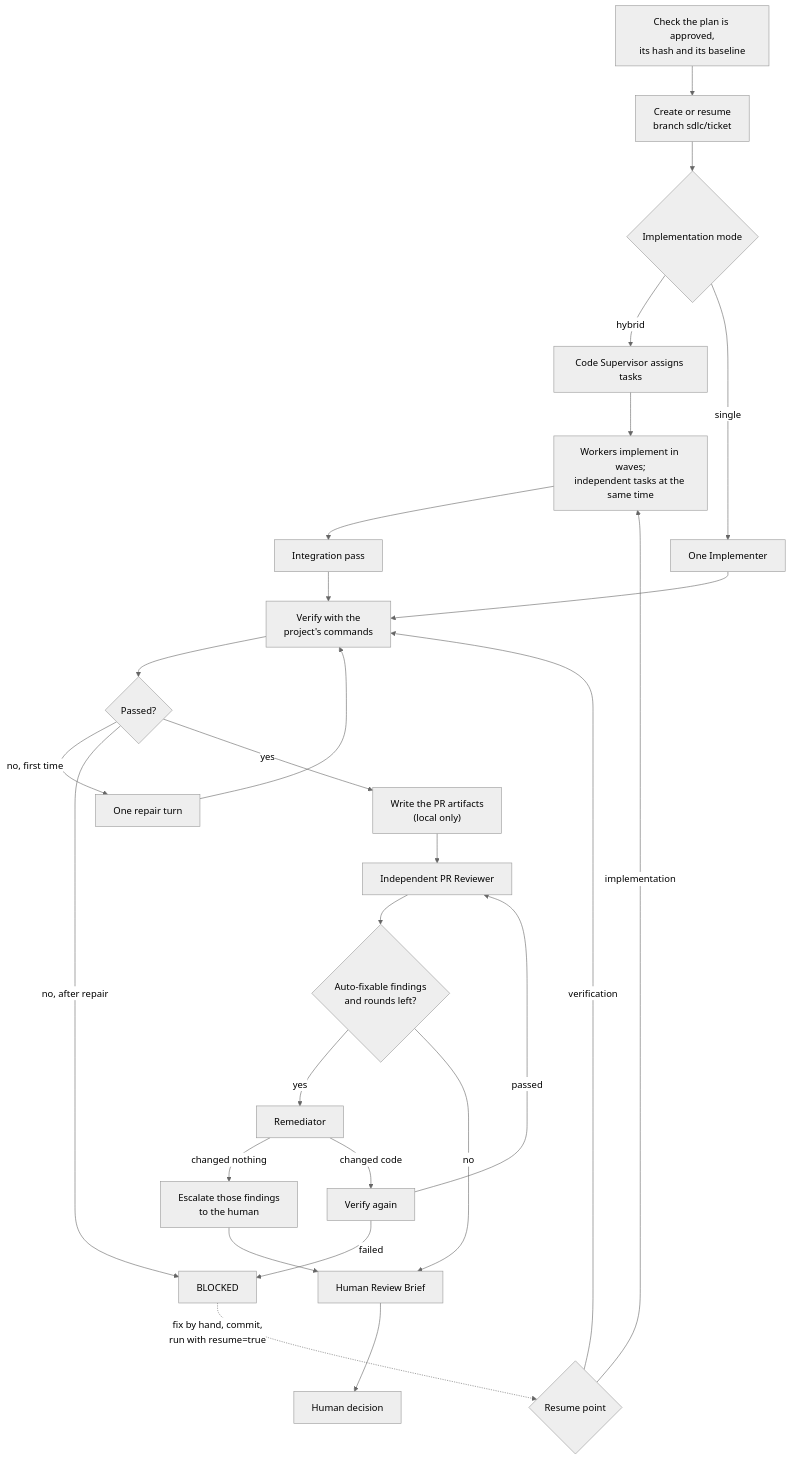
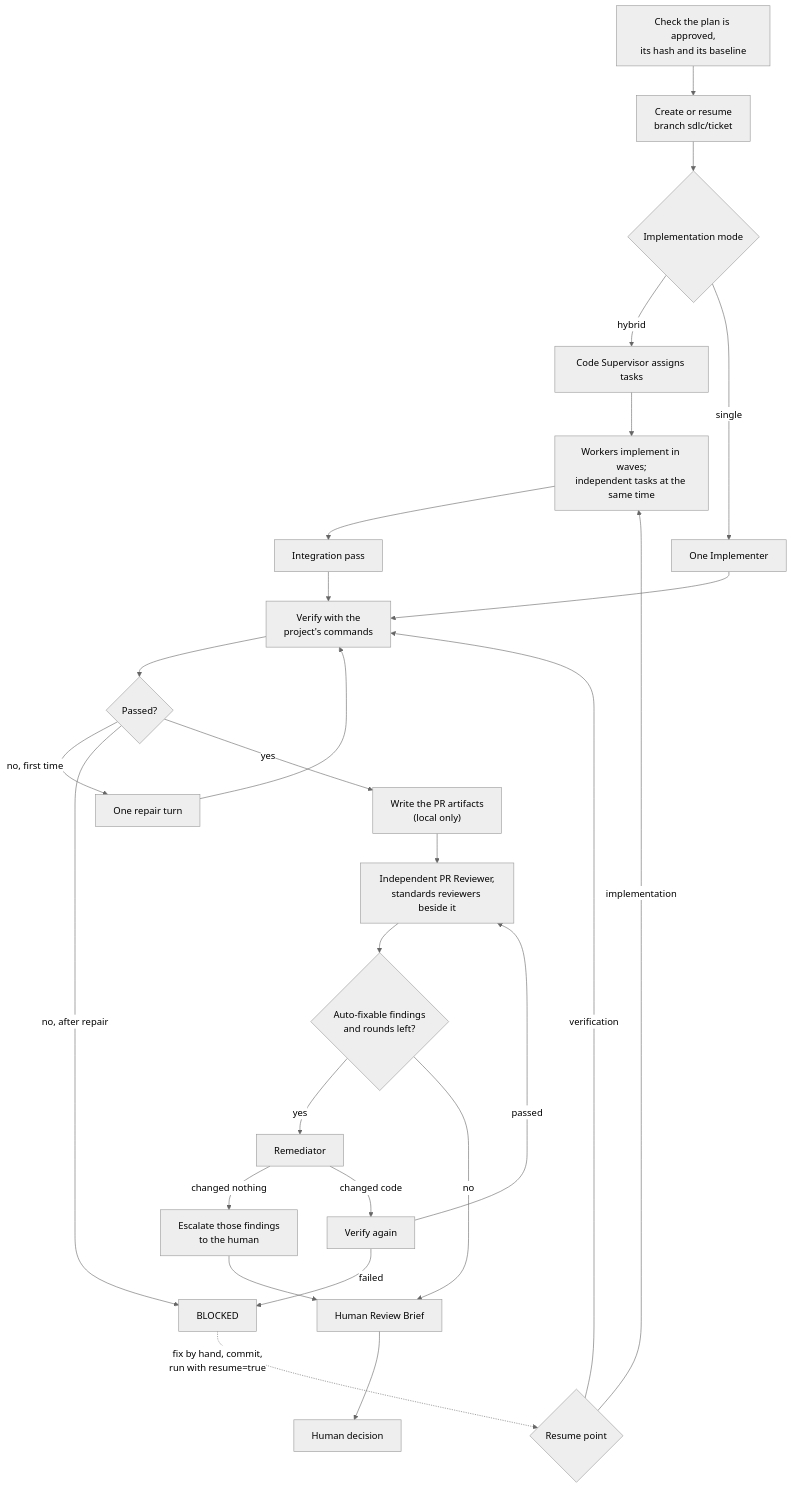
One commit to somr/awscao_agenticwflw changed the first of 4 diagrams in agentic-sdlc-docs/workflows/delivery.md. Above: the diagram before and after it, drawn with Mermaid (neutral theme). The commit also changed other lines of this file and 15 other files, not shown here.

````diff
--- a/agentic-sdlc-docs/workflows/delivery.md
+++ b/agentic-sdlc-docs/workflows/delivery.md
@@ -22,29 +22,29 @@
 ```mermaid
 flowchart TD
     A["Check the plan is approved,<br/>its hash and its baseline"] --> B["Create or resume<br/>branch sdlc/ticket"]
     B --> M{Implementation mode}
     M -- hybrid --> SUP[Code Supervisor assigns tasks]
     SUP --> WK["Workers implement in waves;<br/>independent tasks at the same time"]
     WK --> INT[Integration pass]
     M -- single --> IMP[One Implementer]
     INT --> VER
     IMP --> VER["Verify with the<br/>project's commands"]
     VER --> OK{Passed?}
     OK -- "no, first time" --> REP[One repair turn]
     REP --> VER
     OK -- "no, after repair" --> BL[BLOCKED]
     OK -- yes --> PR["Write the PR artifacts<br/>(local only)"]
-    PR --> REV[Independent PR Reviewer]
+    PR --> REV["Independent PR Reviewer,<br/>standards reviewers beside it"]
     REV --> F{"Auto-fixable findings<br/>and rounds left?"}
     F -- yes --> REM[Remediator]
     REM -- "changed nothing" --> ESC["Escalate those findings<br/>to the human"]
     ESC --> BRIEF
     REM -- changed code --> V2[Verify again]
     V2 -- failed --> BL
     V2 -- passed --> REV
     F -- no --> BRIEF[Human Review Brief]
     BRIEF --> H[Human decision]
     BL -. "fix by hand, commit,<br/>run with resume=true" .-> RES{Resume point}
     RES -- implementation --> WK
     RES -- verification --> VER
 ```
````
